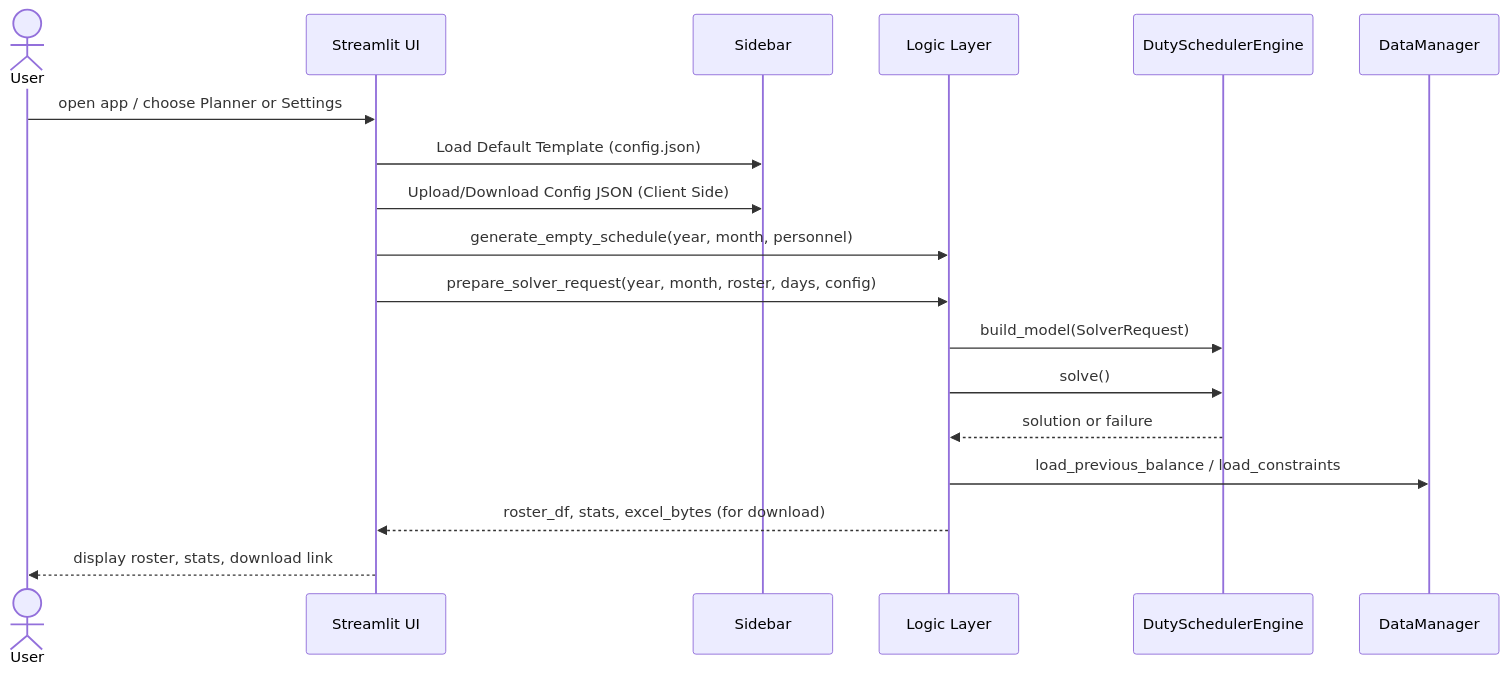
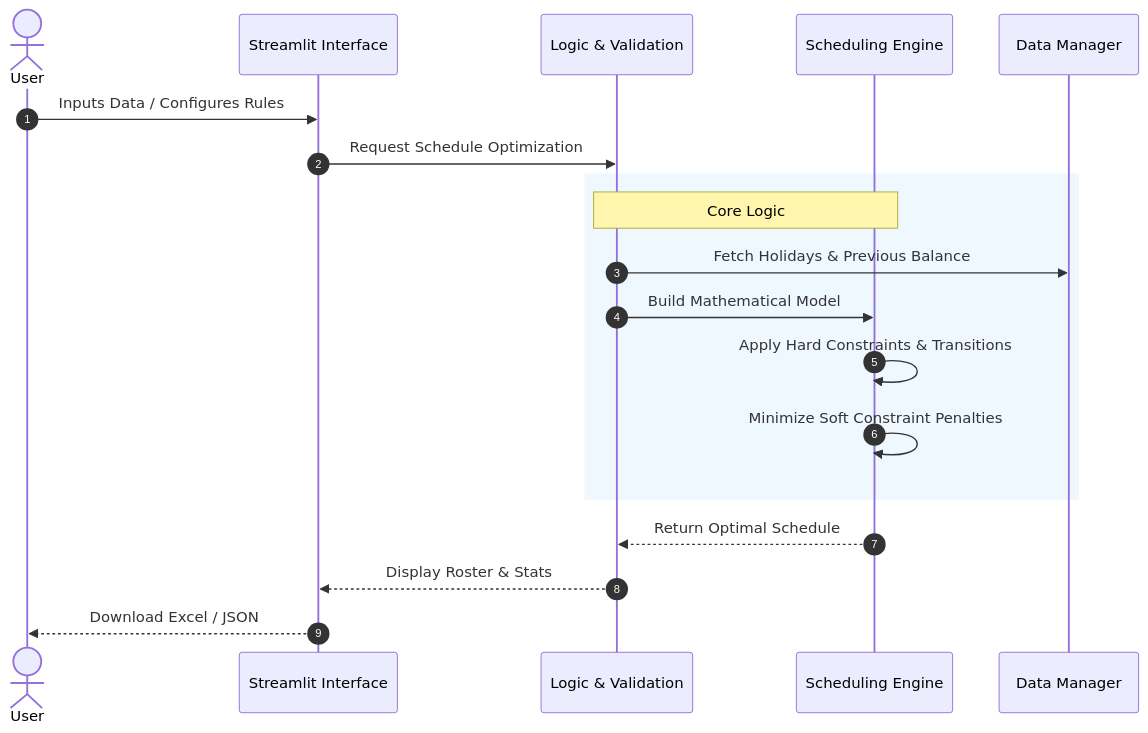
One commit to genes3e7/Duty-Planner changed the diagram in README.md. Above: the diagram before and after it, drawn with Mermaid. The commit also changed other lines of this file and 6 other files, not shown here.

````diff
--- a/README.md
+++ b/README.md
@@ -25,21 +68,24 @@
 ```mermaid
 sequenceDiagram
+    autonumber
     actor User
-    participant Browser as Streamlit UI
-    participant Sidebar as Sidebar
-    participant Logic as Logic Layer
-    participant Solver as DutySchedulerEngine
-    participant DataMgr as DataManager
+    participant UI as Streamlit Interface
+    participant Controller as Logic & Validation
+    participant Solver as Scheduling Engine
+    participant Data as Data Manager
 
-    User->>Browser: open app / choose Planner or Settings
-    Browser->>Sidebar: Load Default Template (config.json)
-    Browser->>Sidebar: Upload/Download Config JSON (Client Side)
-    Browser->>Logic: generate_empty_schedule(year, month, personnel)
-    Browser->>Logic: prepare_solver_request(year, month, roster, days, config)
-    Logic->>Solver: build_model(SolverRequest)
-    Logic->>Solver: solve()
-    Solver-->>Logic: solution or failure
-    Logic->>DataMgr: load_previous_balance / load_constraints
-    Logic-->>Browser: roster_df, stats, excel_bytes (for download)
-    Browser-->>User: display roster, stats, download link
+    User->>UI: Inputs Data / Configures Rules
+    UI->>Controller: Request Schedule Optimization
+    
+    rect rgb(240, 248, 255)
+        Note over Controller, Solver: Core Logic
+        Controller->>Data: Fetch Holidays & Previous Balance
+        Controller->>Solver: Build Mathematical Model
+        Solver->>Solver: Apply Hard Constraints & Transitions
+        Solver->>Solver: Minimize Soft Constraint Penalties
+    end
+
+    Solver-->>Controller: Return Optimal Schedule
+    Controller-->>UI: Display Roster & Stats
+    UI-->>User: Download Excel / JSON
 ```
````
